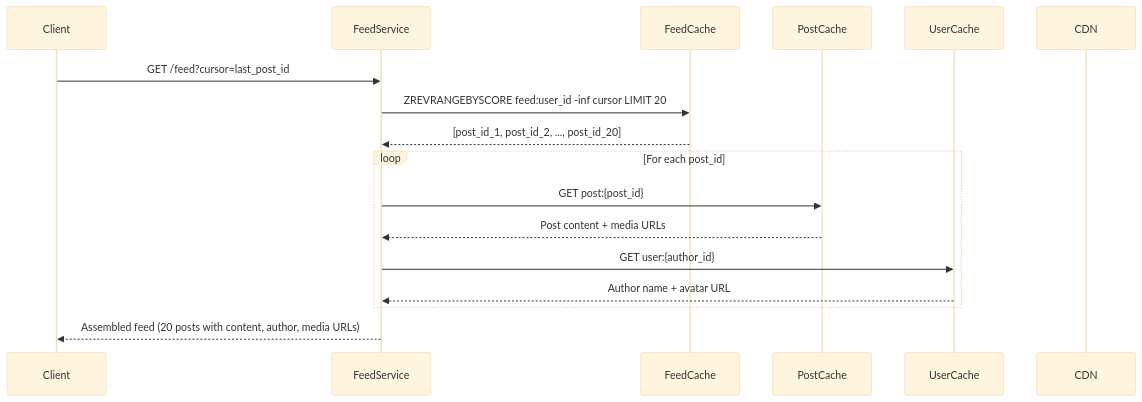
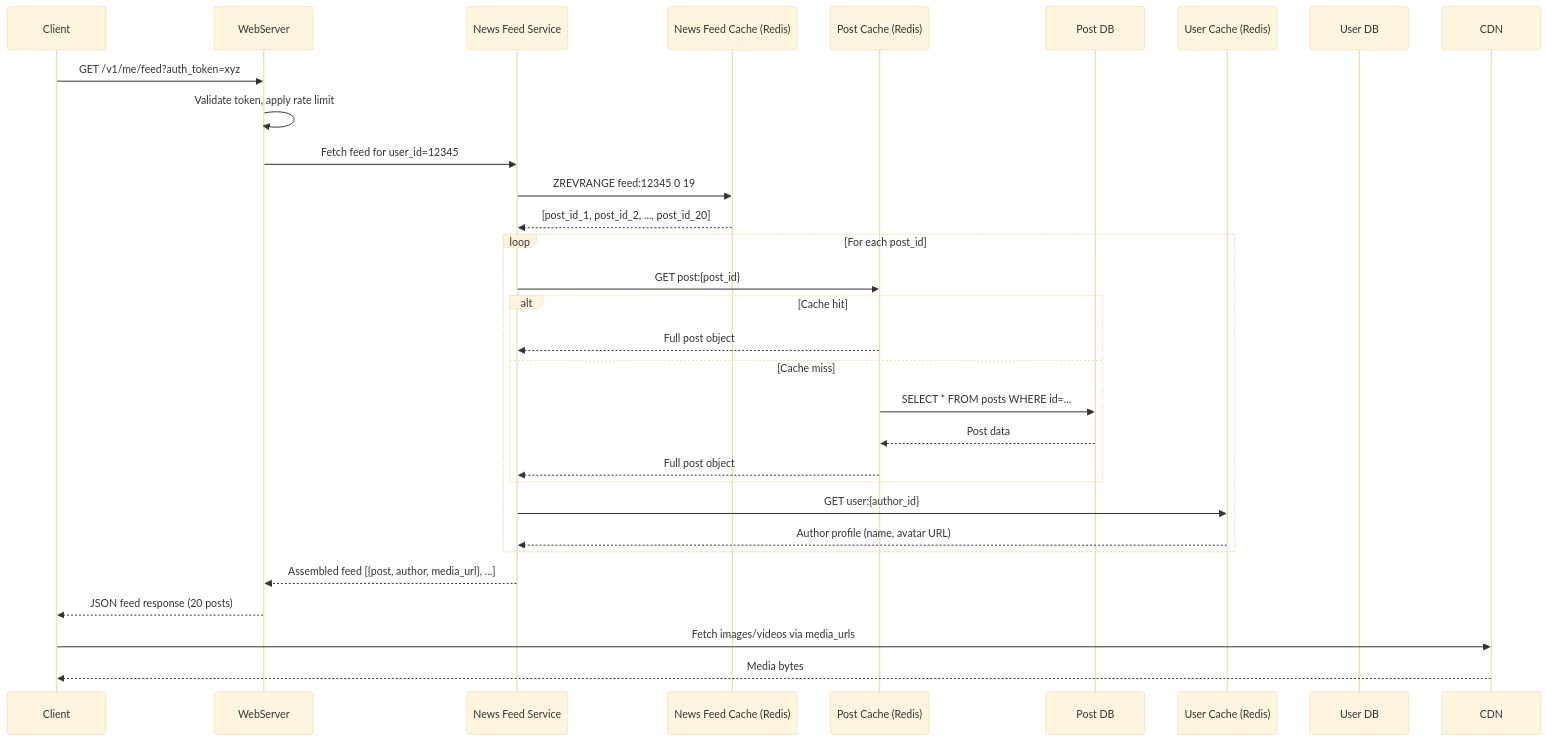
Before and after one commit to jaugustodev/software-engineering-content: the ninth of 16 diagrams in system-design/system-design-interview-alex-xu/chapters/11-news-feed.md, drawn with Mermaid (base theme). The commit also changed other lines of this file, not shown here.

Commit message:
feat(docs): expand news feed system design chapter with detailed explanations of core concepts, architectural flows, and API specifications; enhance clarity and structure for better understanding

````diff
--- a/system-design/system-design-interview-alex-xu/chapters/11-news-feed.md
+++ b/system-design/system-design-interview-alex-xu/chapters/11-news-feed.md
@@ -108,22 +371,37 @@
 ```mermaid
 sequenceDiagram
     participant Client
-    participant FeedService
-    participant FeedCache
-    participant PostCache
-    participant UserCache
+    participant WebServer
+    participant NFS as News Feed Service
+    participant FeedCache as News Feed Cache (Redis)
+    participant PostCache as Post Cache (Redis)
+    participant PostDB as Post DB
+    participant UserCache as User Cache (Redis)
+    participant UserDB as User DB
     participant CDN
 
-    Client->>FeedService: GET /feed?cursor=last_post_id
-    FeedService->>FeedCache: ZREVRANGEBYSCORE feed:user_id -inf cursor LIMIT 20
-    FeedCache-->>FeedService: [post_id_1, post_id_2, ..., post_id_20]
+    Client->>WebServer: GET /v1/me/feed?auth_token=xyz
+    WebServer->>WebServer: Validate token, apply rate limit
+    WebServer->>NFS: Fetch feed for user_id=12345
+
+    NFS->>FeedCache: ZREVRANGE feed:12345 0 19
+    FeedCache-->>NFS: [post_id_1, post_id_2, ..., post_id_20]
 
     loop For each post_id
-        FeedService->>PostCache: GET post:{post_id}
-        PostCache-->>FeedService: Post content + media URLs
-        FeedService->>UserCache: GET user:{author_id}
-        UserCache-->>FeedService: Author name + avatar URL
+        NFS->>PostCache: GET post:{post_id}
+        alt Cache hit
+            PostCache-->>NFS: Full post object
+        else Cache miss
+            PostCache->>PostDB: SELECT * FROM posts WHERE id=...
+            PostDB-->>PostCache: Post data
+            PostCache-->>NFS: Full post object
+        end
+        NFS->>UserCache: GET user:{author_id}
+        UserCache-->>NFS: Author profile (name, avatar URL)
     end
 
-    FeedService-->>Client: Assembled feed (20 posts with content, author, media URLs)
+    NFS-->>WebServer: Assembled feed [{post, author, media_url}, ...]
+    WebServer-->>Client: JSON feed response (20 posts)
+    Client->>CDN: Fetch images/videos via media_urls
+    CDN-->>Client: Media bytes
 ```
````
